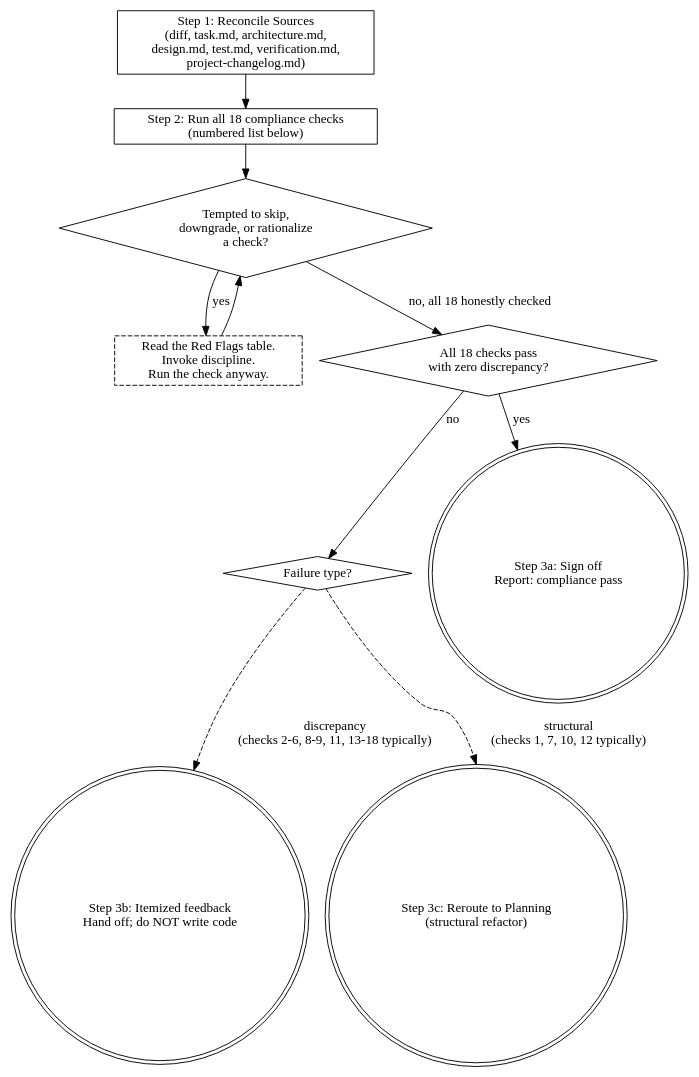
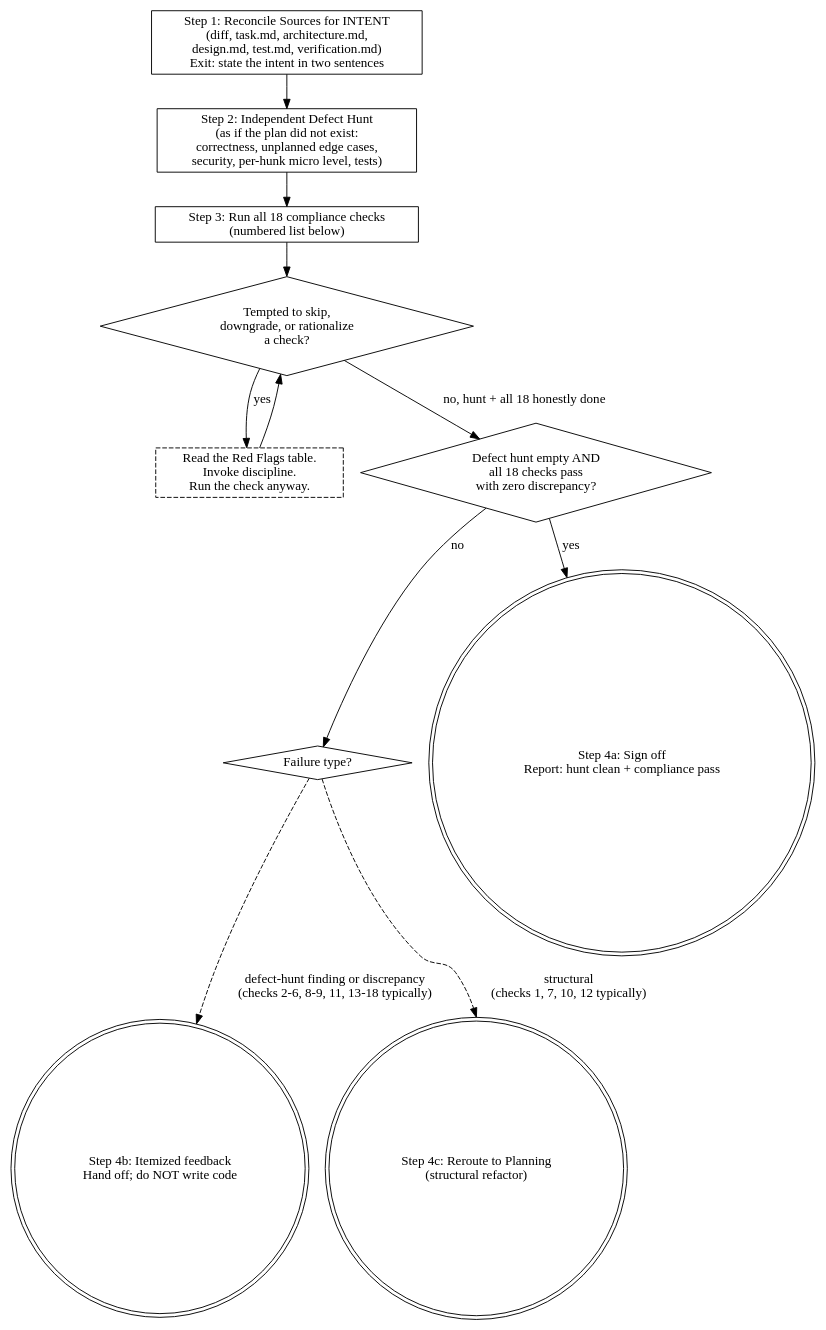
One commit to firehourse/DevoSkill changed the diagram in skills/devoskill/workflows/03-review.md. Above: the diagram before and after it, drawn with Graphviz. The commit also changed other lines of this file and 2 other files, not shown here.

First line of the commit message:
feat(review): independent defect hunt as primary pass; mechanized lint; authoring methods

````diff
--- a/skills/devoskill/workflows/03-review.md
+++ b/skills/devoskill/workflows/03-review.md
@@ -14,26 +19,28 @@
 ```dot
-digraph review_compliance {
+digraph review_protocol {
     rankdir=TB;
 
-    Step1 [shape=box, label="Step 1: Reconcile Sources\n(diff, task.md, architecture.md,\ndesign.md, test.md, verification.md,\nproject-changelog.md)"];
-    Step2 [shape=box, label="Step 2: Run all 18 compliance checks\n(numbered list below)"];
+    Step1 [shape=box, label="Step 1: Reconcile Sources for INTENT\n(diff, task.md, architecture.md,\ndesign.md, test.md, verification.md)\nExit: state the intent in two sentences"];
+    Step2 [shape=box, label="Step 2: Independent Defect Hunt\n(as if the plan did not exist:\ncorrectness, unplanned edge cases,\nsecurity, per-hunk micro level, tests)"];
+    Step3 [shape=box, label="Step 3: Run all 18 compliance checks\n(numbered list below)"];
     Rationalize [shape=diamond, label="Tempted to skip,\ndowngrade, or rationalize\na check?"];
     RedFlags [shape=box, style=dashed, label="Read the Red Flags table.\nInvoke discipline.\nRun the check anyway."];
-    AllPass [shape=diamond, label="All 18 checks pass\nwith zero discrepancy?"];
+    AllPass [shape=diamond, label="Defect hunt empty AND\nall 18 checks pass\nwith zero discrepancy?"];
     FailureKind [shape=diamond, label="Failure type?"];
 
-    Signoff [shape=doublecircle, label="Step 3a: Sign off\nReport: compliance pass"];
-    Feedback [shape=doublecircle, label="Step 3b: Itemized feedback\nHand off; do NOT write code"];
-    Reroute [shape=doublecircle, label="Step 3c: Reroute to Planning\n(structural refactor)"];
+    Signoff [shape=doublecircle, label="Step 4a: Sign off\nReport: hunt clean + compliance pass"];
+    Feedback [shape=doublecircle, label="Step 4b: Itemized feedback\nHand off; do NOT write code"];
+    Reroute [shape=doublecircle, label="Step 4c: Reroute to Planning\n(structural refactor)"];
 
     Step1 -> Step2;
-    Step2 -> Rationalize;
+    Step2 -> Step3;
+    Step3 -> Rationalize;
     Rationalize -> RedFlags [label="yes"];
-    Rationalize -> AllPass [label="no, all 18 honestly checked"];
+    Rationalize -> AllPass [label="no, hunt + all 18 honestly done"];
     RedFlags -> Rationalize;
     AllPass -> Signoff [label="yes"];
     AllPass -> FailureKind [label="no"];
     FailureKind -> Reroute [label="structural\n(checks 1, 7, 10, 12 typically)", style=dashed];
-    FailureKind -> Feedback [label="discrepancy\n(checks 2-6, 8-9, 11, 13-18 typically)", style=dashed];
+    FailureKind -> Feedback [label="defect-hunt finding or discrepancy\n(checks 2-6, 8-9, 11, 13-18 typically)", style=dashed];
 }
 ```
````
